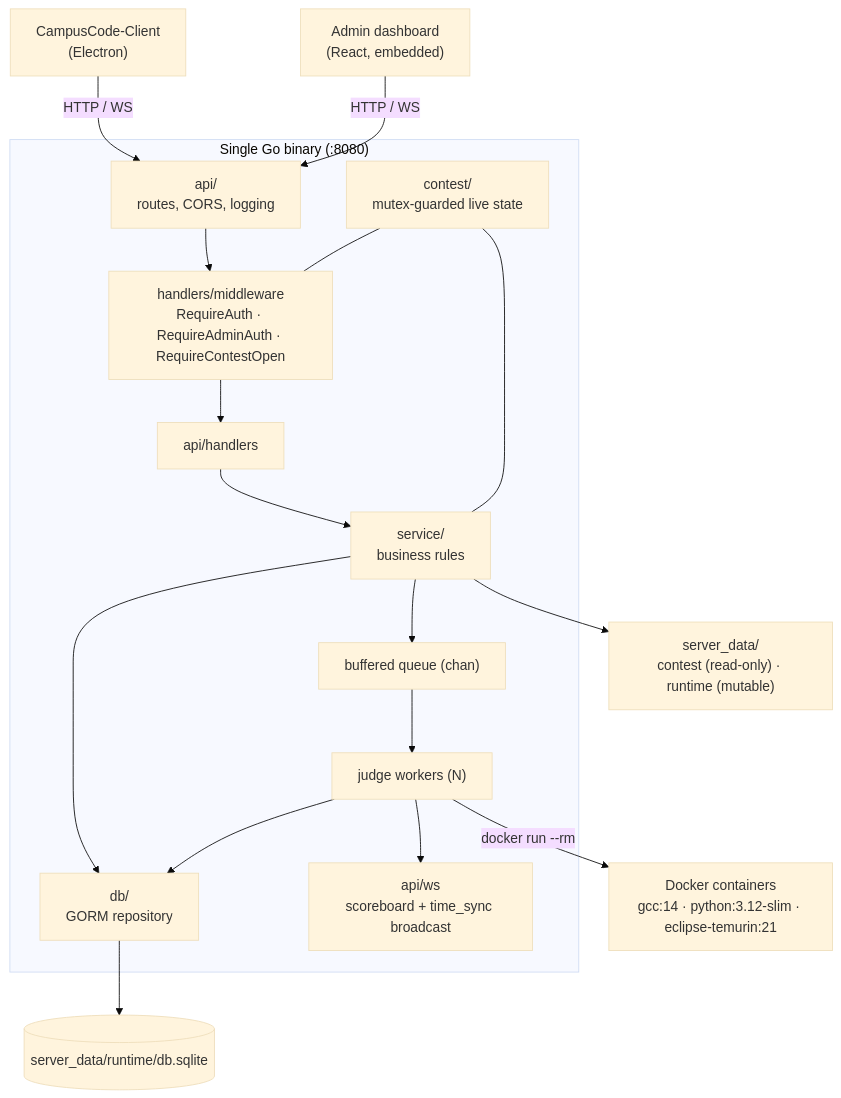
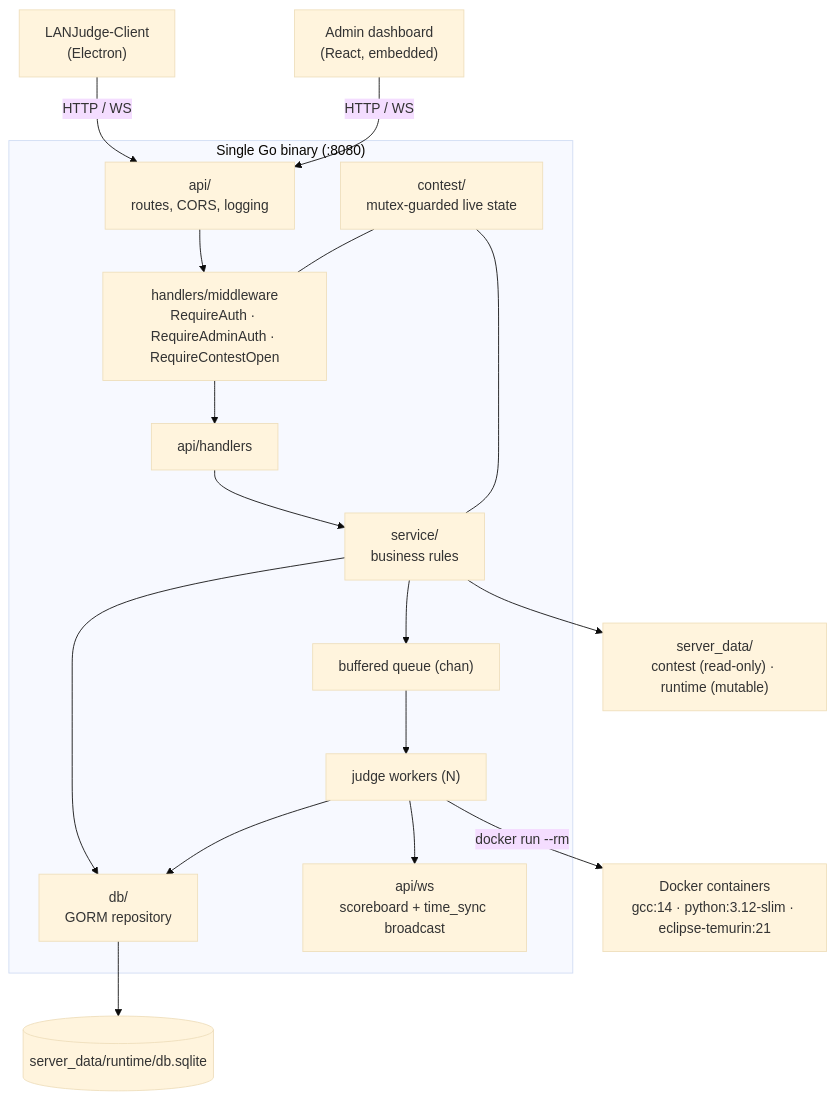
One commit to Vivek-CSmajor/LANJudge-Server changed the second of 2 diagrams in README.md. Above: the diagram before and after it, drawn with Mermaid (base theme). The commit also changed other lines of this file and 35 other files, not shown here.

Commit message:
Rename project from CampusCode to LANJudge

````diff
--- a/README.md
+++ b/README.md
@@ -103,22 +103,22 @@
 ```mermaid
 graph TD
-    Client["CampusCode-Client<br/>(Electron)"] -->|HTTP / WS| API
+    Client["LANJudge-Client<br/>(Electron)"] -->|HTTP / WS| API
     Dash["Admin dashboard<br/>(React, embedded)"] -->|HTTP / WS| API
 
     subgraph Binary["Single Go binary (:8080)"]
         API["api/<br/>routes, CORS, logging"] --> MW["handlers/middleware<br/>RequireAuth · RequireAdminAuth · RequireContestOpen"]
         MW --> H["api/handlers"]
         H --> Svc["service/<br/>business rules"]
         Svc --> Repo["db/<br/>GORM repository"]
         Svc --> Q["buffered queue (chan)"]
         Q --> W["judge workers (N)"]
         W --> Repo
         W --> WS["api/ws<br/>scoreboard + time_sync broadcast"]
         Contest["contest/<br/>mutex-guarded live state"] --- MW
         Contest --- Svc
     end
 
     Repo --> SQLite[("server_data/runtime/db.sqlite")]
     W -->|"docker run --rm"| Sandbox["Docker containers<br/>gcc:14 · python:3.12-slim · eclipse-temurin:21"]
     Svc --> FS["server_data/<br/>contest (read-only) · runtime (mutable)"]
 ```
````
